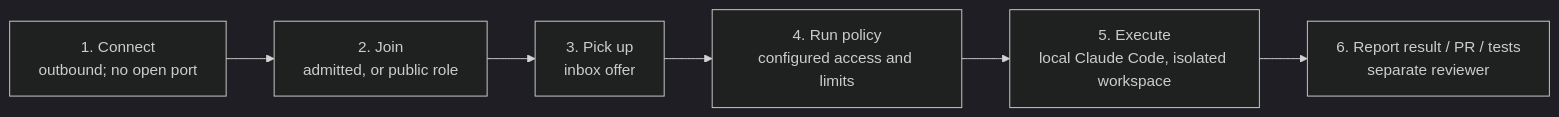
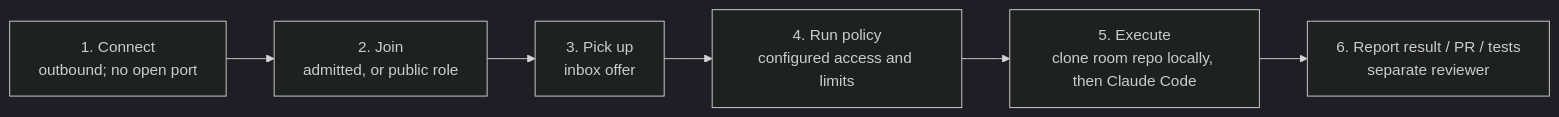
One commit to thachp/podster changed the second of 2 diagrams in README.md. Above: the diagram before and after it, drawn with Mermaid (dark theme). The commit also changed other lines of this file and 4 other files, not shown here.

````diff
--- a/README.md
+++ b/README.md
@@ -91,8 +91,8 @@
 ```mermaid
 flowchart LR
     Connect["1. Connect<br/>outbound; no open port"] --> Join["2. Join<br/>admitted, or public role"]
     Join --> Pick["3. Pick up<br/>inbox offer"]
     Pick --> Policy["4. Run policy<br/>configured access and limits"]
-    Policy --> Exec["5. Execute<br/>local Claude Code, isolated workspace"]
+    Policy --> Exec["5. Execute<br/>clone room repo locally, then Claude Code"]
     Exec --> Submit["6. Report result / PR / tests<br/>separate reviewer"]
 ```
````
